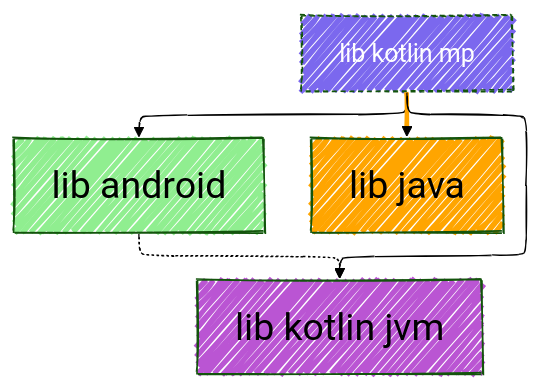
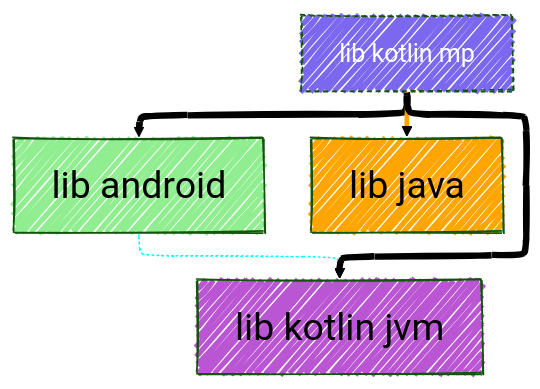
The diagram in samples/sample-mermaid/sample-lib-kotlin-mp/modular/chart.mmd (jonapoul/atlas), drawn with Mermaid before and after one commit. The commit also changed 58 other files, not shown here.

```diff
--- a/samples/sample-mermaid/sample-lib-kotlin-mp/modular/chart.mmd
+++ b/samples/sample-mermaid/sample-lib-kotlin-mp/modular/chart.mmd
@@ -1,35 +1,38 @@
 ---
 config:
   layout: elk
   look: handDrawn
   theme: forest
   elk:
     mergeEdges: true
     forceNodeModelOrder: true
     nodePlacementStrategy: LINEAR_SEGMENTS
     cycleBreakingStrategy: INTERACTIVE
     considerModelOrder: PREFER_EDGES
   themeVariables:
     background: #FFF
     fontFamily: arial
     lineColor: #55FF55
     primaryBorderColor: #FF5555
     primaryColor: #ABC123
     darkMode: true
     fontSize: 30px
     defaultLinkColor: #5555FF
 ---
 graph TD
   lib_android["lib android"]
   lib_java["lib java"]
   lib_kotlin_jvm["lib kotlin jvm"]
   lib_kotlin_mp["lib kotlin mp"]
   style lib_android fill:lightgreen,fillcolor:lightgreen
   style lib_java fill:orange,fillcolor:orange
   style lib_kotlin_jvm fill:mediumorchid,fillcolor:mediumorchid
   style lib_kotlin_mp fill:mediumslateblue,color:white,stroke-dasharray:4 3 2 1,font-size:20px,fillcolor:mediumslateblue
   lib_android -.-> lib_kotlin_jvm
+  linkStyle 0 stroke:aqua
   lib_kotlin_mp --> lib_android
+  linkStyle 1 stroke-width:5px
   lib_kotlin_mp ==> lib_java
   linkStyle 2 stroke:orange
   lib_kotlin_mp --> lib_kotlin_jvm
+  linkStyle 3 stroke-width:5px
```
